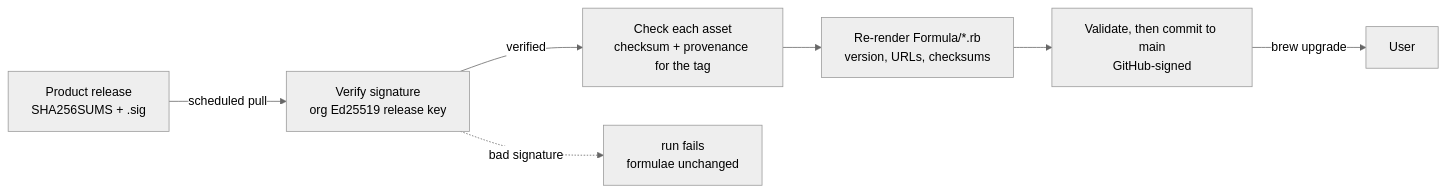
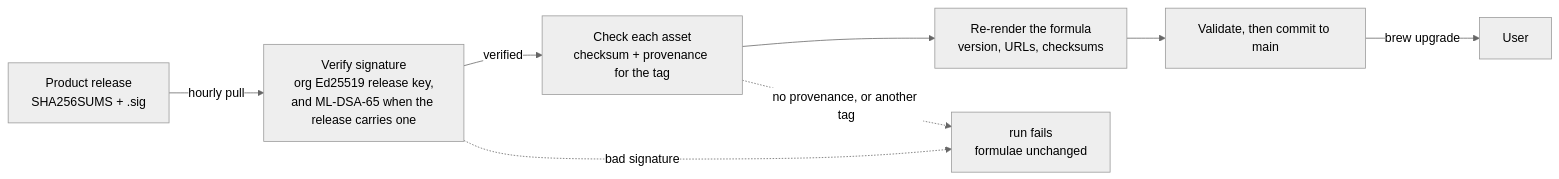
One commit to Glyndor/homebrew-tap changed the diagram in README.md. Above: the diagram before and after it, drawn with Mermaid (neutral theme). The commit also changed other lines of this file, not shown here.

````diff
--- a/README.md
+++ b/README.md
@@ -56,9 +54,10 @@
 ```mermaid
 flowchart LR
-  R["Product release<br/>SHA256SUMS + .sig"] -->|scheduled pull| V["Verify signature<br/>org Ed25519 release key"]
+  R["Product release<br/>SHA256SUMS + .sig"] -->|hourly pull| V["Verify signature<br/>org Ed25519 release key,<br/>and ML-DSA-65 when the release carries one"]
   V -->|verified| P["Check each asset<br/>checksum + provenance for the tag"]
-  P --> G["Re-render Formula/*.rb<br/>version, URLs, checksums"]
-  G --> C["Validate, then commit to main<br/>GitHub-signed"]
+  P --> G["Re-render the formula<br/>version, URLs, checksums"]
+  G --> C["Validate, then commit to main"]
   C -->|brew upgrade| U["User"]
   V -.->|bad signature| X["run fails<br/>formulae unchanged"]
+  P -.->|no provenance, or another tag| X
 ```
````
